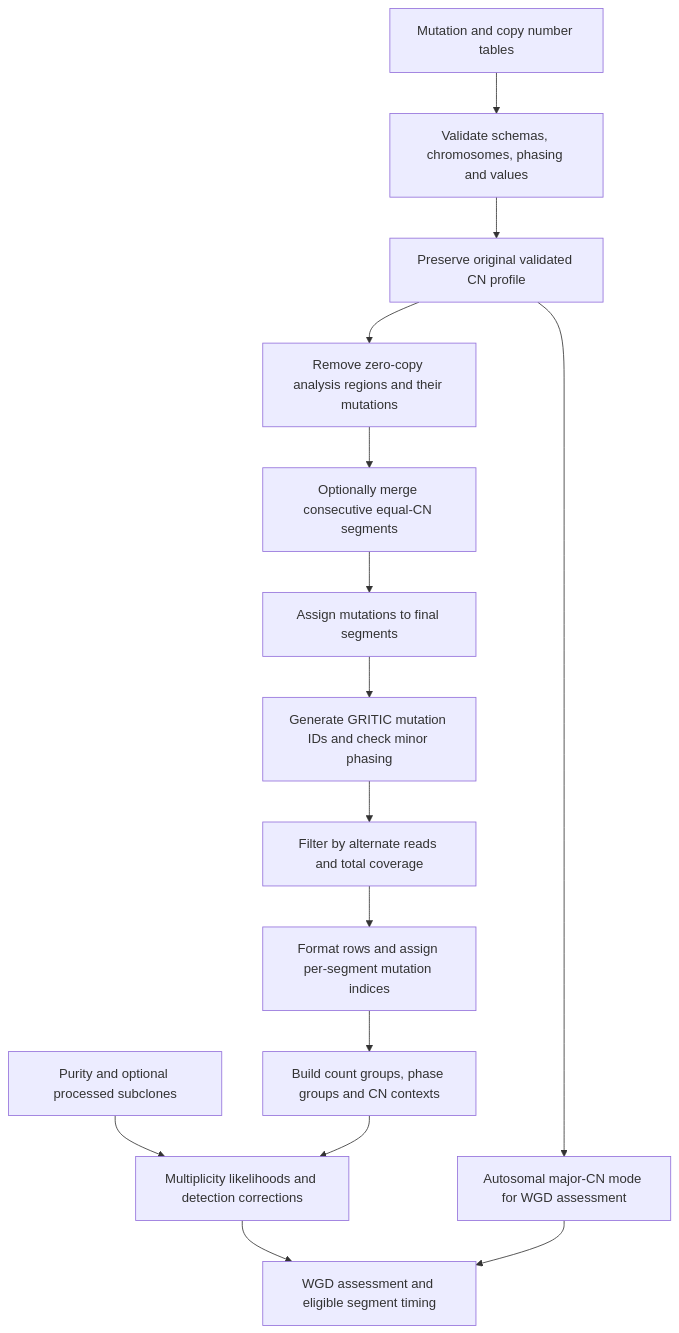
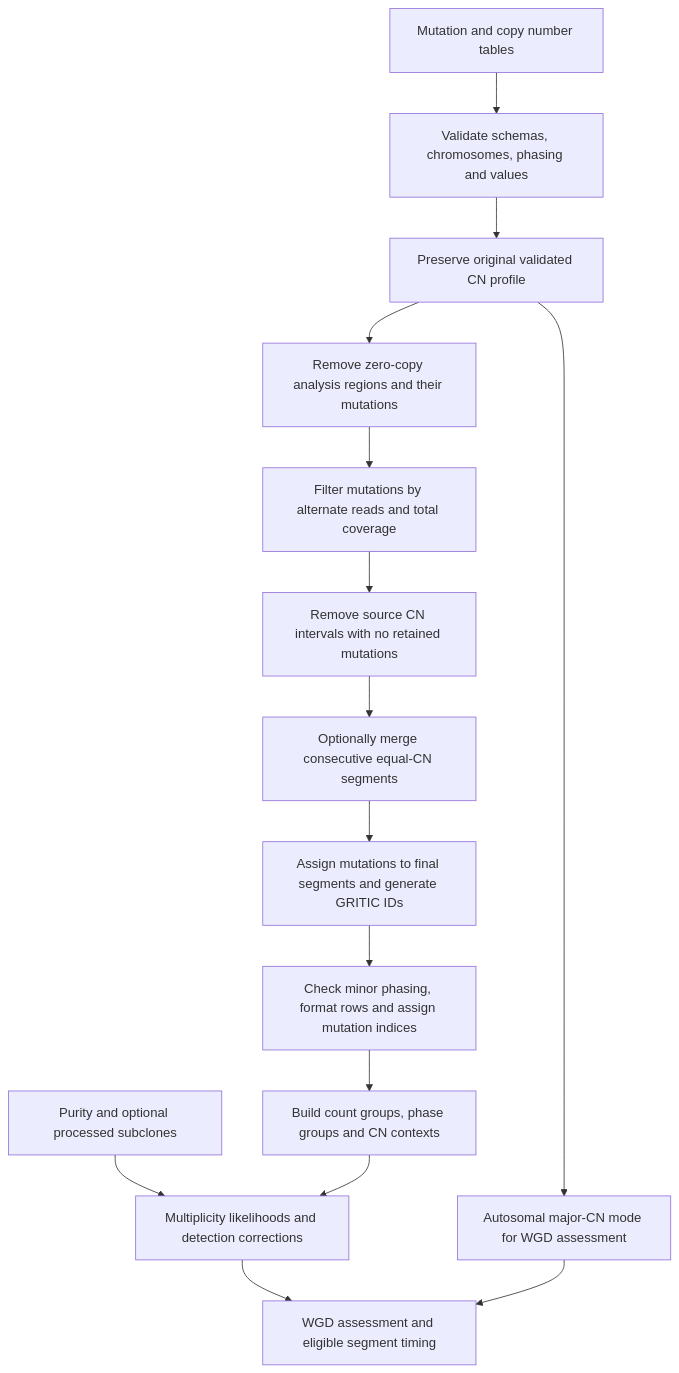
One commit to VanLoo-lab/gritic changed the first of 2 diagrams in README.md. Above: the diagram before and after it, drawn with Mermaid. The commit also changed other lines of this file and 4 other files, not shown here.

Commit message:
Drop zero-mutation segments before merging

````diff
--- a/README.md
+++ b/README.md
@@ -186,17 +190,17 @@
 ```mermaid
 flowchart TD
     A[Mutation and copy number tables] --> B[Validate schemas, chromosomes, phasing and values]
     B --> C[Preserve original validated CN profile]
     C --> W[Autosomal major-CN mode for WGD assessment]
     C --> D[Remove zero-copy analysis regions and their mutations]
-    D --> E[Optionally merge consecutive equal-CN segments]
-    E --> F[Assign mutations to final segments]
-    F --> G[Generate GRITIC mutation IDs and check minor phasing]
-    G --> H[Filter by alternate reads and total coverage]
-    H --> I[Format rows and assign per-segment mutation indices]
+    D --> E[Filter mutations by alternate reads and total coverage]
+    E --> F[Remove source CN intervals with no retained mutations]
+    F --> G[Optionally merge consecutive equal-CN segments]
+    G --> H[Assign mutations to final segments and generate GRITIC IDs]
+    H --> I[Check minor phasing, format rows and assign mutation indices]
     I --> J[Build count groups, phase groups and CN contexts]
     P[Purity and optional processed subclones] --> K
     J --> K[Multiplicity likelihoods and detection corrections]
     K --> L[WGD assessment and eligible segment timing]
     W --> L
 ```
````
